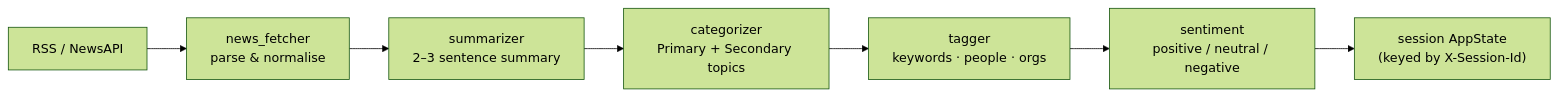
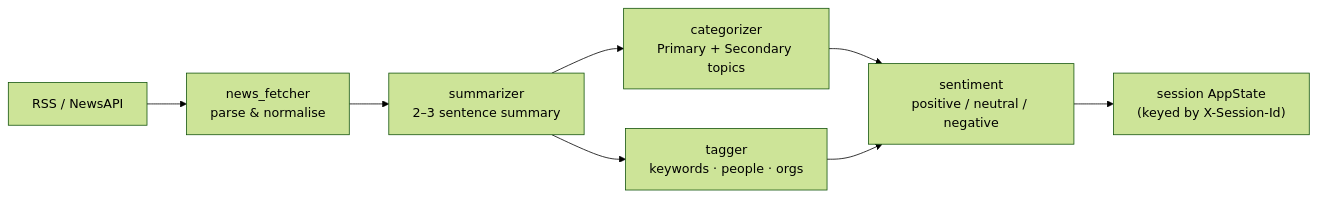
Before and after one commit to AlonNaor22/news-summarizer-agent: the second of 3 diagrams in README.md, drawn with Mermaid (forest theme). The commit also changed other lines of this file and 4 other files, not shown here.

````diff
--- a/README.md
+++ b/README.md
@@ -70,9 +70,10 @@
 ```mermaid
 flowchart LR
     RSS["RSS / NewsAPI"] --> Fetch["news_fetcher\nparse & normalise"]
     Fetch --> Sum["summarizer\n2–3 sentence summary"]
     Sum --> Cat["categorizer\nPrimary + Secondary topics"]
-    Cat --> Tag["tagger\nkeywords · people · orgs"]
-    Tag --> Sent["sentiment\npositive / neutral / negative"]
+    Sum --> Tag["tagger\nkeywords · people · orgs"]
+    Cat --> Sent["sentiment\npositive / neutral / negative"]
+    Tag --> Sent
     Sent --> Store["session AppState\n(keyed by X-Session-Id)"]
 ```
````
